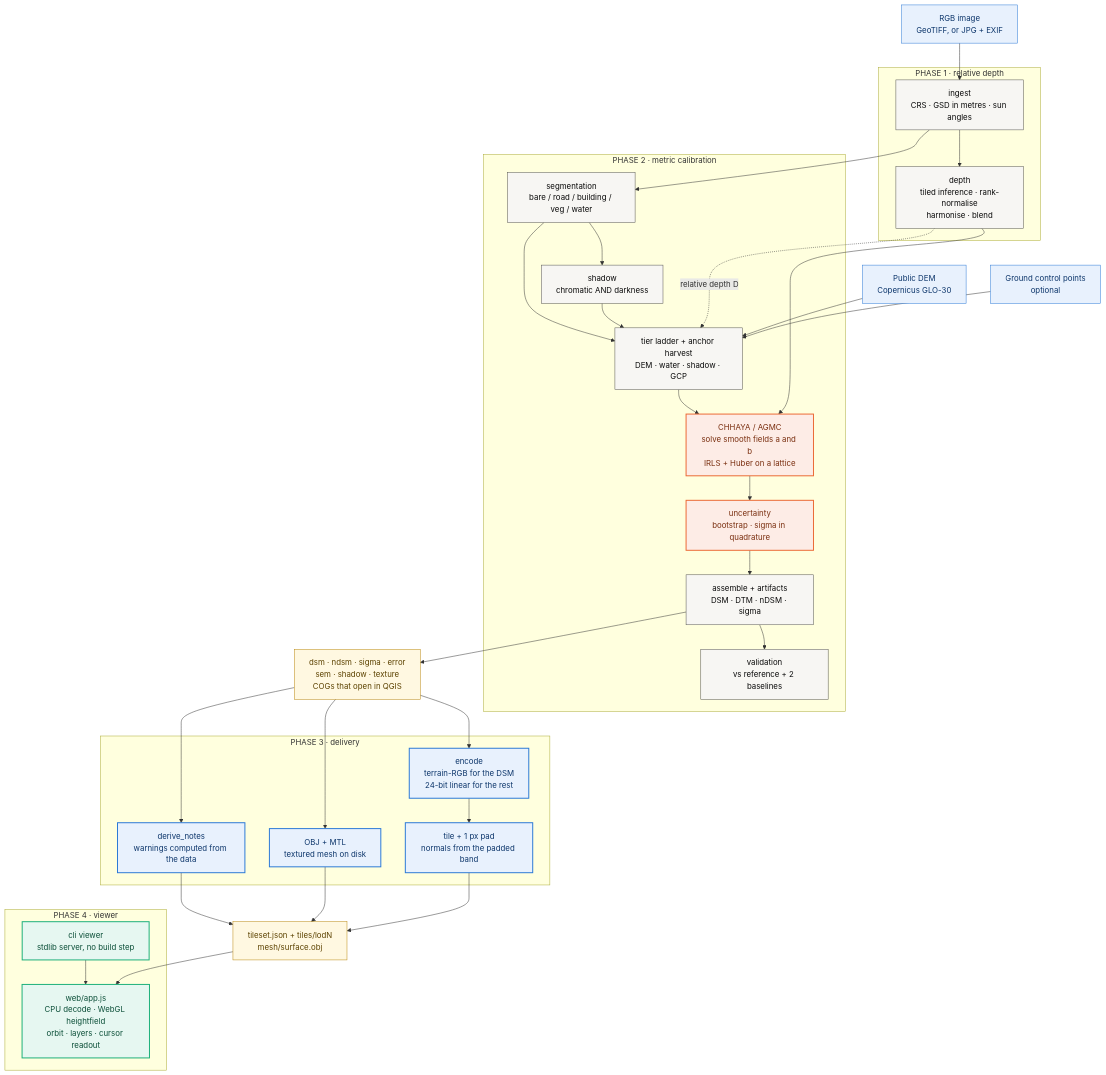
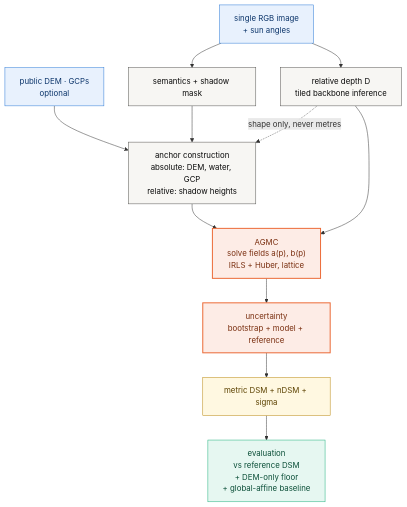
The first of 3 diagrams in README.md (Sisigoks/AYAMA), drawn with Mermaid before and after one commit. The commit also changed other lines of this file and 4 other files, not shown here.

Commit message:
implement uncertainty estimation pipeline and expose CLI commands for depth inference

````diff
--- a/README.md
+++ b/README.md
@@ -100,58 +87,26 @@
 ```mermaid
 flowchart TB
     classDef inp  fill:#e8f1fd,stroke:#2a78d6,color:#0d366b
-    classDef p12  fill:#f7f6f3,stroke:#52514e,color:#0b0b0b
+    classDef st   fill:#f7f6f3,stroke:#52514e,color:#0b0b0b
     classDef core fill:#fdece6,stroke:#eb6834,stroke-width:2px,color:#7a2f10
-    classDef p3   fill:#e8f1fd,stroke:#2a78d6,stroke-width:2px,color:#0d366b
-    classDef p4   fill:#e6f7f1,stroke:#1baf7a,stroke-width:2px,color:#0b4f38
     classDef out  fill:#fff8e1,stroke:#b8860b,color:#5c4200
+    classDef ev   fill:#e6f7f1,stroke:#1baf7a,color:#0b4f38
 
-    IMG["RGB image<br/>GeoTIFF, or JPG + EXIF"]:::inp
-    DEMS["Public DEM<br/>Copernicus GLO-30"]:::inp
-    GCPS["Ground control points<br/>optional"]:::inp
+    IMG["single RGB image<br/>+ sun angles"]:::inp
+    AUX["public DEM · GCPs<br/>optional"]:::inp
 
-    subgraph P1["PHASE 1 · relative depth"]
-        ING["ingest<br/>CRS · GSD in metres · sun angles"]:::p12
-        DEP["depth<br/>tiled inference · rank-normalise<br/>harmonise · blend"]:::p12
-    end
+    DEP["relative depth D<br/>tiled backbone inference"]:::st
+    SEM["semantics + shadow mask"]:::st
+    ANC["anchor construction<br/>absolute: DEM, water, GCP<br/>relative: shadow heights"]:::st
 
-    subgraph P2["PHASE 2 · metric calibration"]
-        SEG["segmentation<br/>bare / road / building / veg / water"]:::p12
-        SHA["shadow<br/>chromatic AND darkness"]:::p12
-        ANC["tier ladder + anchor harvest<br/>DEM · water · shadow · GCP"]:::p12
-        AGMC["CHHAYA / AGMC<br/>solve smooth fields a and b<br/>IRLS + Huber on a lattice"]:::core
-        UNC["uncertainty<br/>bootstrap · sigma in quadrature"]:::core
-        ASM["assemble + artifacts<br/>DSM · DTM · nDSM · sigma"]:::p12
-        VAL["validation<br/>vs reference + 2 baselines"]:::p12
-    end
+    AGMC["AGMC<br/>solve fields a(p), b(p)<br/>IRLS + Huber, lattice"]:::core
+    UNC["uncertainty<br/>bootstrap + model + reference"]:::core
 
-    subgraph P3["PHASE 3 · delivery"]
-        ENC["encode<br/>terrain-RGB for the DSM<br/>24-bit linear for the rest"]:::p3
-        TIL["tile + 1 px pad<br/>normals from the padded band"]:::p3
-        OBJ["OBJ + MTL<br/>textured mesh on disk"]:::p3
-        NOT["derive_notes<br/>warnings computed from the data"]:::p3
-    end
+    DSM["metric DSM + nDSM + sigma"]:::out
+    EVAL["evaluation<br/>vs reference DSM<br/>+ DEM-only floor<br/>+ global-affine baseline"]:::ev
 
-    subgraph P4["PHASE 4 · viewer"]
-        VIEW["web/app.js<br/>CPU decode · WebGL heightfield<br/>orbit · layers · cursor readout"]:::p4
-        SRV["cli viewer<br/>stdlib server, no build step"]:::p4
-    end
-
-    COG["dsm · ndsm · sigma · error<br/>sem · shadow · texture<br/>COGs that open in QGIS"]:::out
-    TSET["tileset.json + tiles/lodN<br/>mesh/surface.obj"]:::out
-
-    IMG --> ING --> DEP --> AGMC
-    ING --> SEG --> SHA --> ANC
-    SEG --> ANC
-    DEMS --> ANC
-    GCPS --> ANC
-    ANC --> AGMC --> UNC --> ASM --> VAL
-    ASM --> COG
-    DEP -. "relative depth D" .-> ANC
-
-    COG --> ENC --> TIL --> TSET
-    COG --> OBJ --> TSET
-    COG --> NOT --> TSET
-    TSET --> VIEW
-    SRV --> VIEW
+    IMG --> DEP --> AGMC
+    IMG --> SEM --> ANC
+    AUX --> ANC --> AGMC --> UNC --> DSM --> EVAL
+    DEP -. "shape only, never metres" .-> ANC
 ```
````
